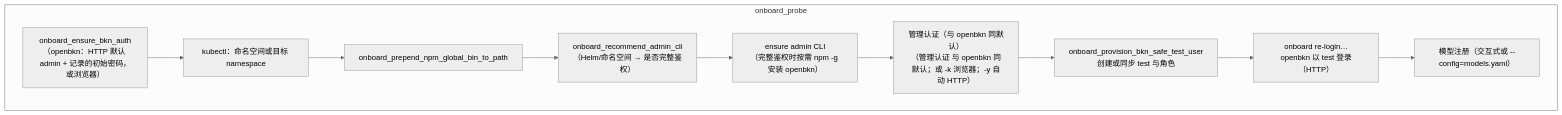
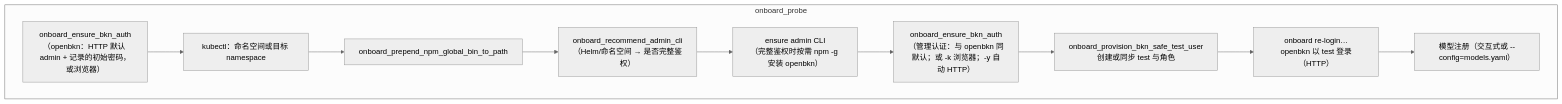
The second of 3 diagrams in help/zh/install.md (openbkn-ai/bkn-foundry), drawn with Mermaid (neutral theme) before and after one commit. The commit also changed other lines of this file and 1 other file, not shown here.

````diff
--- a/help/zh/install.md
+++ b/help/zh/install.md
@@ -313,13 +313,13 @@
 ```mermaid
 flowchart TB
   subgraph probe["onboard_probe"]
     A["onboard_ensure_bkn_auth\n（openbkn：HTTP 默认 admin + 记录的初始密码，或浏览器）"] --> B["kubectl：命名空间或目标 namespace"]
     B --> C["onboard_prepend_npm_global_bin_to_path"]
     C --> D["onboard_recommend_admin_cli（Helm/命名空间 → 是否完整鉴权）"]
     D --> E["ensure admin CLI\n（完整鉴权时按需 npm -g 安装 openbkn）"]
-    E --> F["管理认证（与 openbkn 同默认）\n（管理认证 与 openbkn 同默认；或 -k 浏览器；-y 自动 HTTP）"]
+    E --> F["onboard_ensure_bkn_auth\n（管理认证：与 openbkn 同默认；或 -k 浏览器；-y 自动 HTTP）"]
     F --> G1["onboard_provision_bkn_safe_test_user\n创建或同步 test 与角色"]
     G1 --> G2["onboard re-login…\nopenbkn 以 test 登录（HTTP）"]
     G2 --> H["模型注册（交互式或 --config=models.yaml）"]
   end
 ```
````
